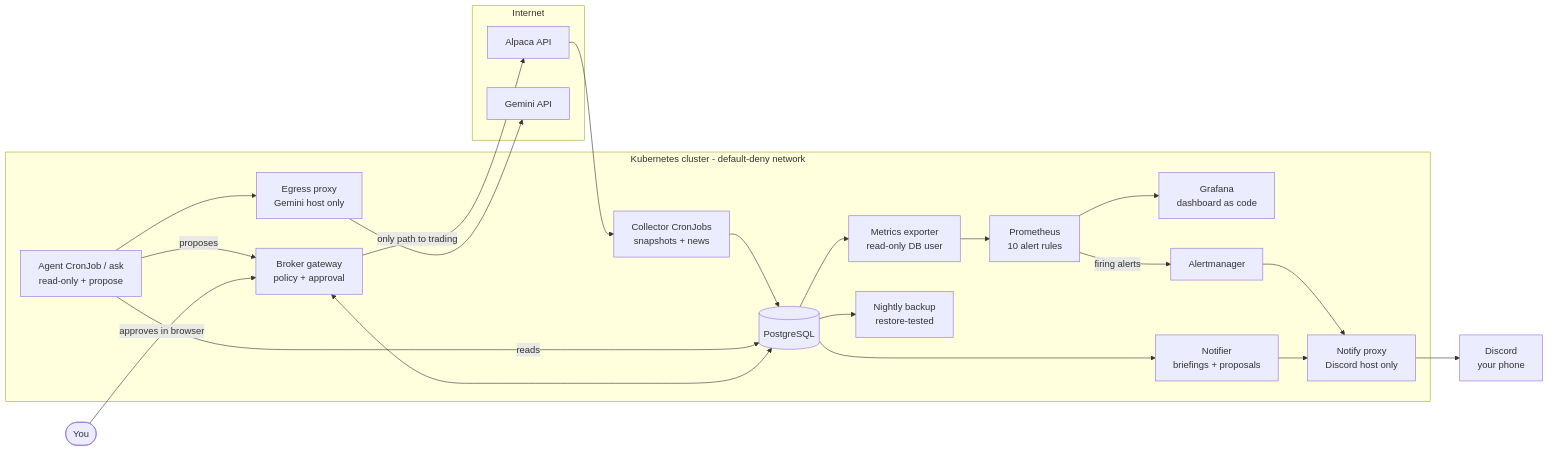
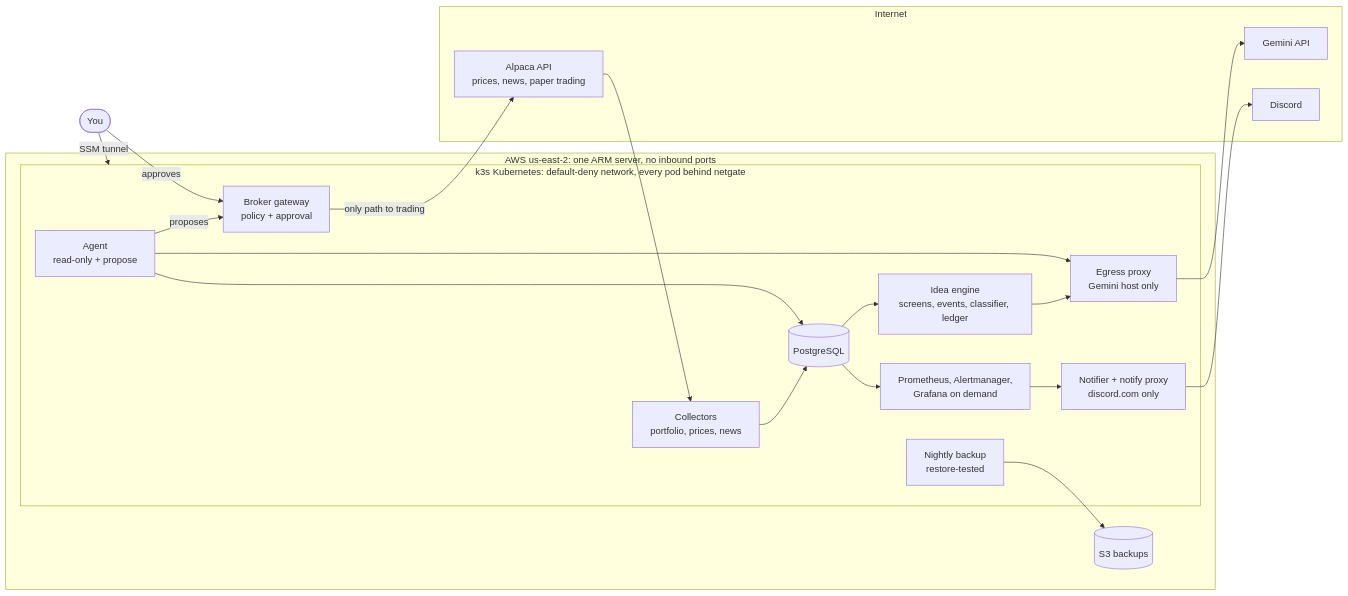
One commit to brithvik/portfolio_agent changed the diagram in README.md. Above: the diagram before and after it, drawn with Mermaid. The commit also changed other lines of this file, not shown here.

Commit message:
README: AWS deployment, idea engine, engineering notes

````diff
--- a/README.md
+++ b/README.md
@@ -13,38 +15,34 @@
 ```mermaid
 flowchart LR
     subgraph internet[Internet]
-        alpaca[Alpaca API]
+        alpaca[Alpaca API<br/>prices, news, paper trading]
         gemini[Gemini API]
+        discord[Discord]
     end
 
-    subgraph cluster[Kubernetes cluster - default-deny network]
-        collector[Collector CronJobs<br/>snapshots + news]
-        db[(PostgreSQL)]
-        agent[Agent CronJob / ask<br/>read-only + propose]
-        proxy[Egress proxy<br/>Gemini host only]
-        gateway[Broker gateway<br/>policy + approval]
-        exporter[Metrics exporter<br/>read-only DB user]
-        prom[Prometheus<br/>10 alert rules]
-        graf[Grafana<br/>dashboard as code]
-        am[Alertmanager]
-        notifier[Notifier<br/>briefings + proposals]
-        nproxy[Notify proxy<br/>Discord host only]
-        backup[Nightly backup<br/>restore-tested]
+    subgraph aws[AWS us-east-2: one ARM server, no inbound ports]
+        subgraph k3s[k3s Kubernetes: default-deny network, every pod behind netgate]
+            collect[Collectors<br/>portfolio, prices, news]
+            db[(PostgreSQL)]
+            ideas[Idea engine<br/>screens, events, classifier, ledger]
+            agent[Agent<br/>read-only + propose]
+            proxy[Egress proxy<br/>Gemini host only]
+            gateway[Broker gateway<br/>policy + approval]
+            mon[Prometheus, Alertmanager,<br/>Grafana on demand]
+            notify[Notifier + notify proxy<br/>discord.com only]
+            backup[Nightly backup<br/>restore-tested]
+        end
+        s3[(S3 backups)]
     end
 
-    discord[Discord<br/>your phone]
-
-    human([You])
-
-    alpaca --> collector --> db
-    agent -- reads --> db
+    you([You]) -- SSM tunnel --> k3s
+    alpaca --> collect --> db
+    db --> ideas
+    ideas --> proxy
+    agent --> db
     agent -- proposes --> gateway
     agent --> proxy --> gemini
-    human -- approves in browser --> gateway
-    gateway -- only path to trading --> alpaca
-    gateway <--> db
-    db --> exporter --> prom --> graf
-    prom -- firing alerts --> am --> nproxy
-    db --> notifier --> nproxy --> discord
-    db --> backup
+    you -- approves --> gateway -- only path to trading --> alpaca
+    db --> mon --> notify --> discord
+    backup --> s3
 ```
````
